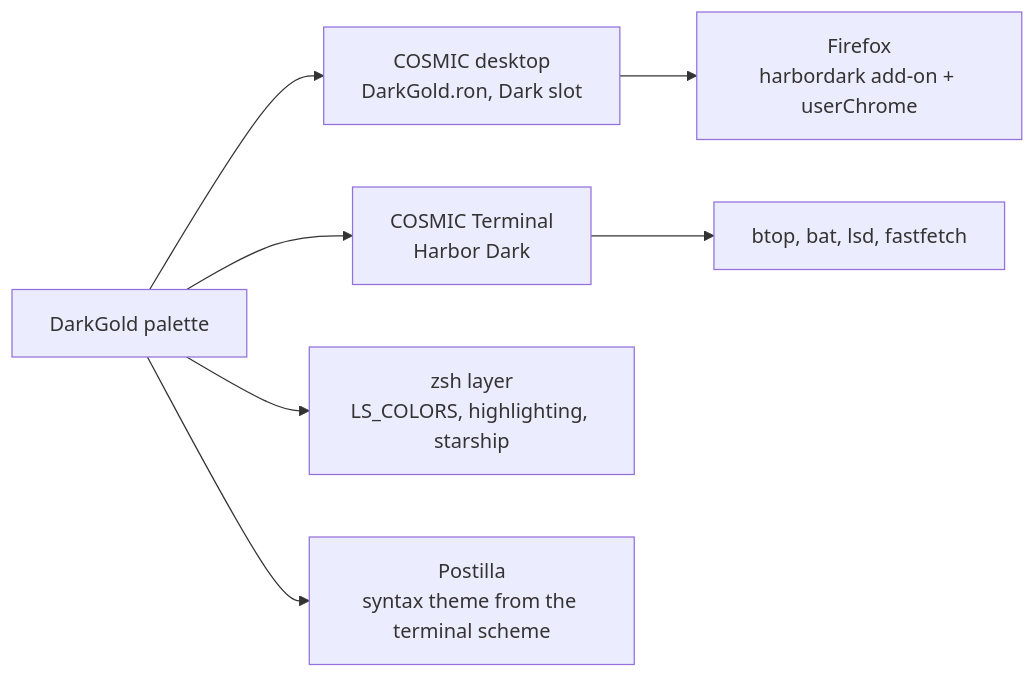
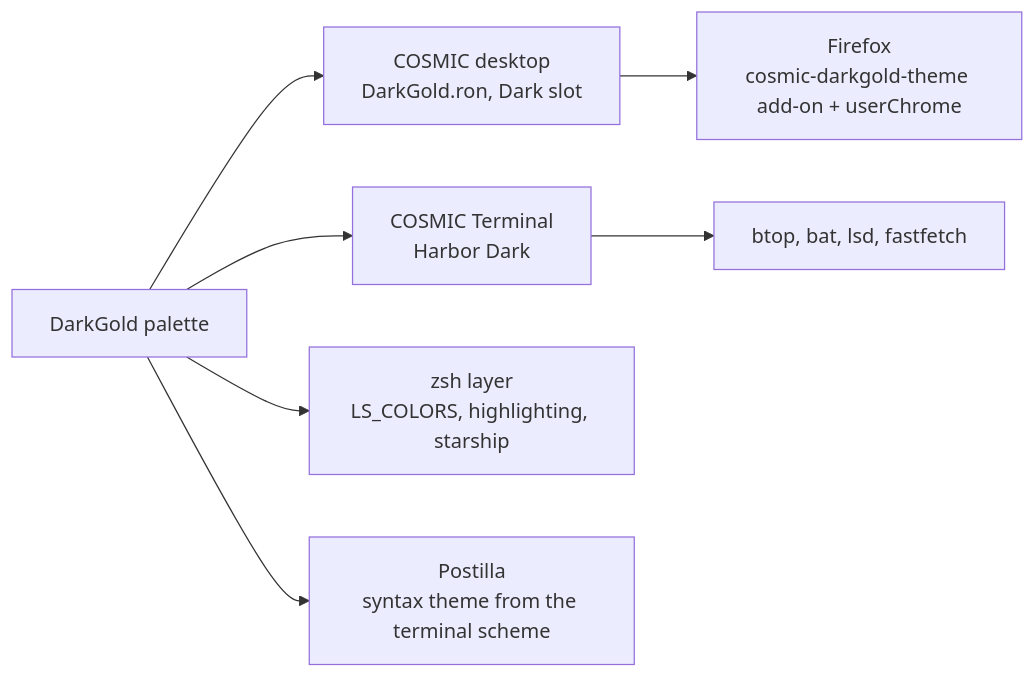
The diagram in docs/showcase.md (atraxsrc/cosmic-darkgold-theme), drawn with Mermaid before and after one commit. The commit also changed 2 other files, not shown here.

Commit message:
Firefox: harbordark is now cosmic-darkgold-theme on addons.mozilla.org

````diff
--- a/docs/showcase.md
+++ b/docs/showcase.md
@@ -28,9 +28,9 @@
 ```mermaid
 flowchart LR
     P[DarkGold palette] --> D[COSMIC desktop<br/>DarkGold.ron, Dark slot]
     P --> T[COSMIC Terminal<br/>Harbor Dark]
     P --> S[zsh layer<br/>LS_COLORS, highlighting, starship]
     P --> E[Postilla<br/>syntax theme from the terminal scheme]
     T --> B[btop, bat, lsd, fastfetch]
-    D --> F[Firefox<br/>harbordark add-on + userChrome]
+    D --> F[Firefox<br/>cosmic-darkgold-theme add-on + userChrome]
 ```
````
